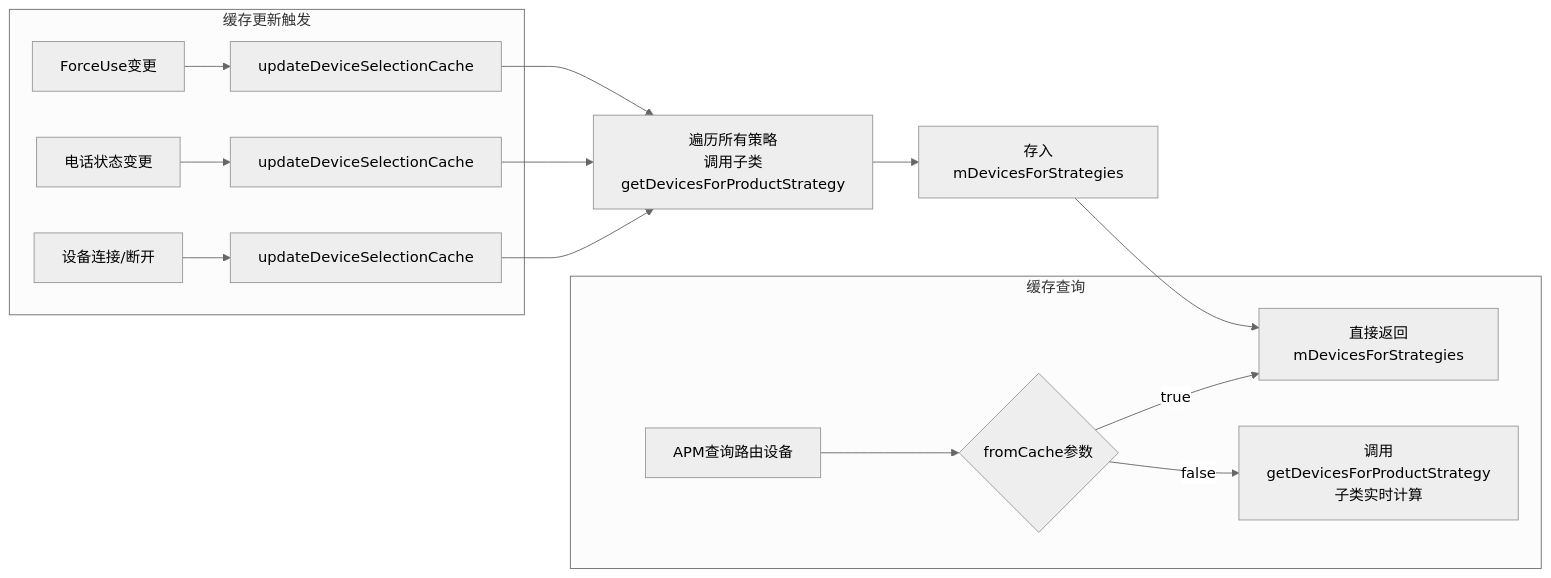
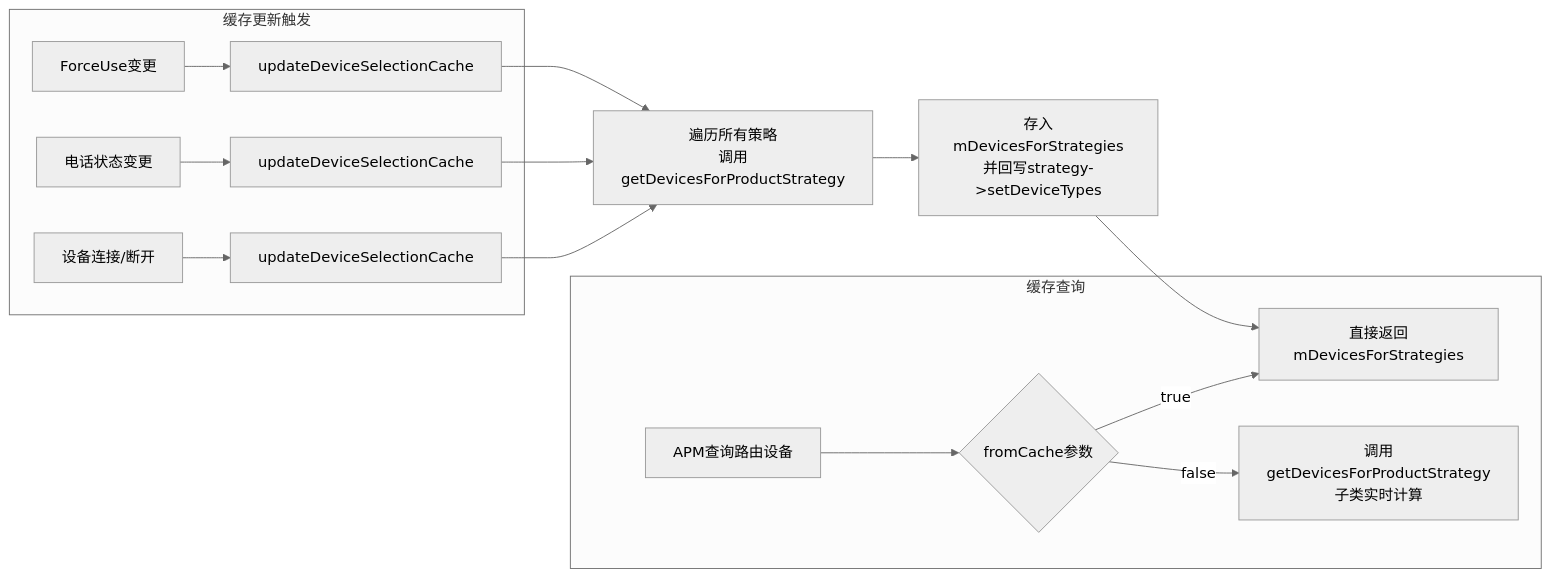
One commit to yanglinzhen1022/SA8295_AAOS_QNX_Audio_KnowledgeBase changed the sixth of 10 diagrams in 06_Audio_Policy_Engine/06_6.3_EngineBase-可插拔策略引擎.md. Above: the diagram before and after it, drawn with Mermaid (neutral theme). The commit also changed other lines of this file and 11 other files, not shown here.

````diff
--- a/06_Audio_Policy_Engine/06_6.3_EngineBase-可插拔策略引擎.md
+++ b/06_Audio_Policy_Engine/06_6.3_EngineBase-可插拔策略引擎.md
@@ -432,20 +440,20 @@
 ```mermaid
 flowchart LR
     subgraph 缓存更新触发
         DEV[设备连接/断开] --> UPDATE1[updateDeviceSelectionCache]
         PHONE[电话状态变更] --> UPDATE2[updateDeviceSelectionCache]
         FORCE[ForceUse变更] --> UPDATE3[updateDeviceSelectionCache]
     end
 
     subgraph 缓存查询
         APM_QUERY[APM查询路由设备] --> FROM_CACHE{fromCache参数}
         FROM_CACHE -->|true| CACHE_READ[直接返回mDevicesForStrategies]
         FROM_CACHE -->|false| RECALC[调用getDevicesForProductStrategy<br>子类实时计算]
     end
 
-    UPDATE1 --> REBUILD[遍历所有策略<br>调用子类getDevicesForProductStrategy]
+    UPDATE1 --> REBUILD[遍历所有策略<br>调用getDevicesForProductStrategy]
     UPDATE2 --> REBUILD
     UPDATE3 --> REBUILD
-    REBUILD --> STORE[存入mDevicesForStrategies]
+    REBUILD --> STORE[存入mDevicesForStrategies<br>并回写strategy->setDeviceTypes]
     STORE --> CACHE_READ
 ```
````
